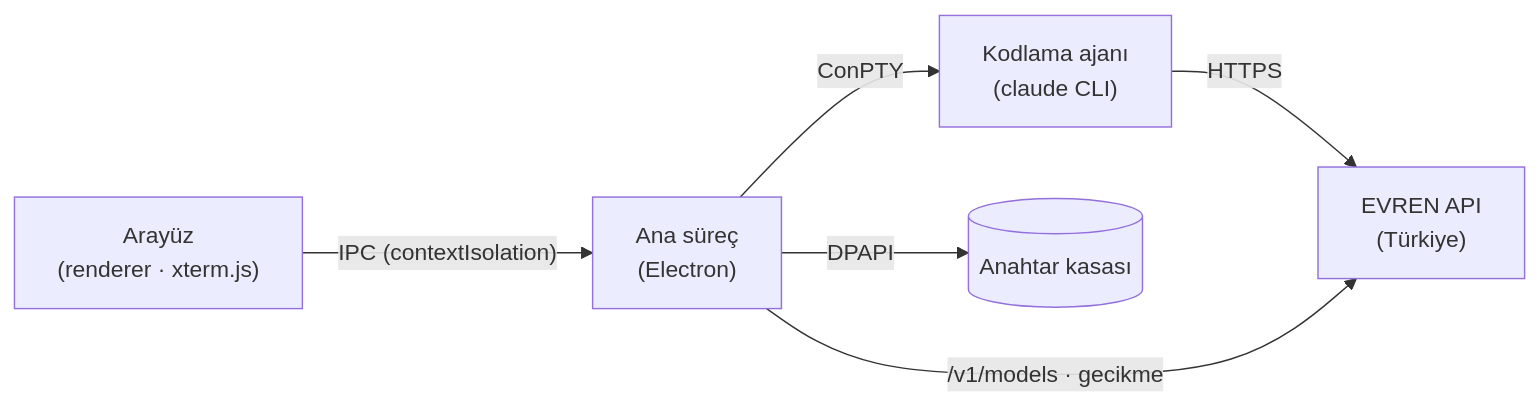
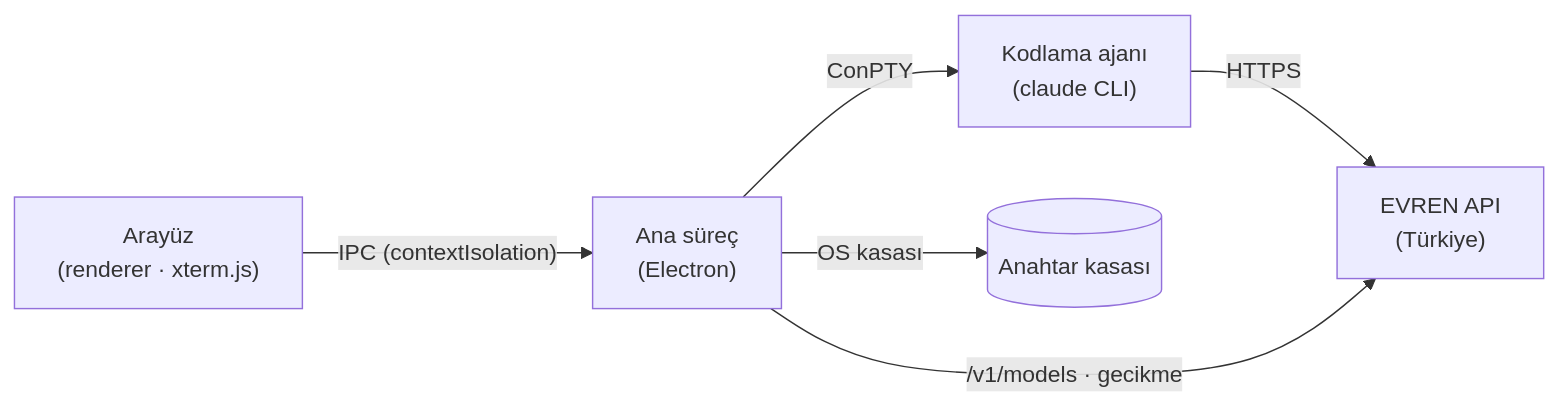
One commit to yusufgunay-esq/evren-desktop changed the diagram in README.md. Above: the diagram before and after it, drawn with Mermaid. The commit also changed other lines of this file and 8 other files, not shown here.

````diff
--- a/README.md
+++ b/README.md
@@ -139,8 +155,8 @@
 ```mermaid
 flowchart LR
   UI["Arayüz<br/>(renderer · xterm.js)"] -- "IPC (contextIsolation)" --> Main["Ana süreç<br/>(Electron)"]
   Main -- "ConPTY" --> CLI["Kodlama ajanı<br/>(claude CLI)"]
-  Main -- "DPAPI" --> Kasa[("Anahtar kasası")]
+  Main -- "OS kasası" --> Kasa[("Anahtar kasası")]
   CLI -- "HTTPS" --> API["EVREN API<br/>(Türkiye)"]
   Main -- "/v1/models · gecikme" --> API
 ```
````
